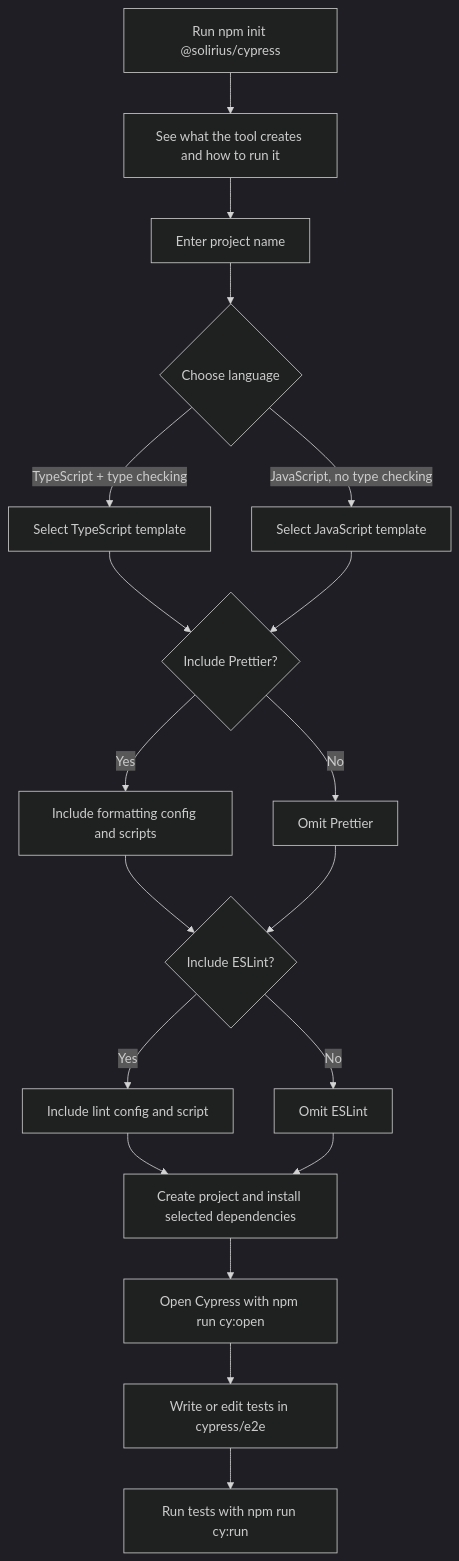
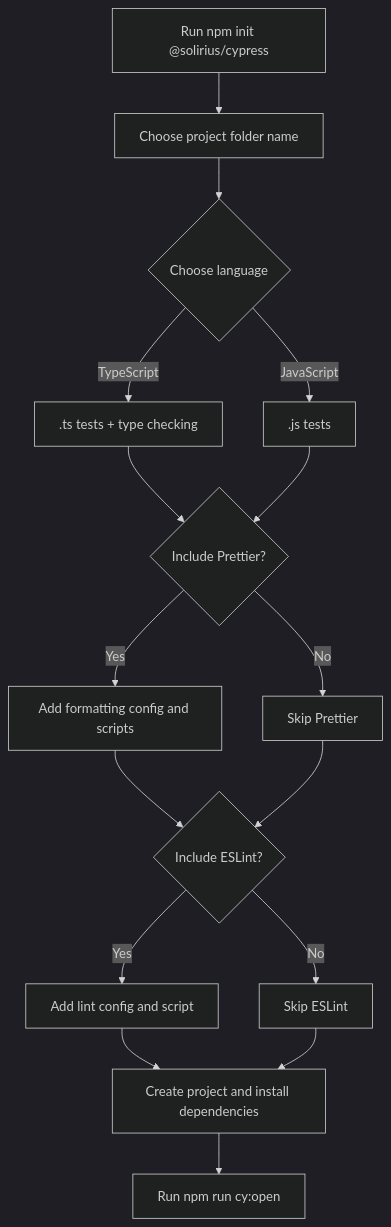
The diagram in README.md (jperry189/cypress-scaffold), drawn with Mermaid (dark theme) before and after one commit. The commit also changed other lines of this file and 1 other file, not shown here.

````diff
--- a/README.md
+++ b/README.md
@@ -61,21 +28,18 @@
 ```mermaid
 flowchart TD
-    A["Run npm init @solirius/cypress"] --> B["See what the tool creates and how to run it"]
-    B --> C["Enter project name"]
-    C --> D{"Choose language"}
-    D -->|TypeScript + type checking| E["Select TypeScript template"]
-    D -->|JavaScript, no type checking| F["Select JavaScript template"]
-    E --> G{"Include Prettier?"}
-    F --> G
-    G -->|Yes| H["Include formatting config and scripts"]
-    G -->|No| I["Omit Prettier"]
-    H --> J{"Include ESLint?"}
-    I --> J
-    J -->|Yes| K["Include lint config and script"]
-    J -->|No| L["Omit ESLint"]
-    K --> M["Create project and install selected dependencies"]
-    L --> M
-    M --> N["Open Cypress with npm run cy:open"]
-    N --> O["Write or edit tests in cypress/e2e"]
-    O --> P["Run tests with npm run cy:run"]
+    A["Run npm init @solirius/cypress"] --> B["Choose project folder name"]
+    B --> C{"Choose language"}
+    C -->|TypeScript| D[".ts tests + type checking"]
+    C -->|JavaScript| E[".js tests"]
+    D --> F{"Include Prettier?"}
+    E --> F
+    F -->|Yes| G["Add formatting config and scripts"]
+    F -->|No| H["Skip Prettier"]
+    G --> I{"Include ESLint?"}
+    H --> I
+    I -->|Yes| J["Add lint config and script"]
+    I -->|No| K["Skip ESLint"]
+    J --> L["Create project and install dependencies"]
+    K --> L
+    L --> M["Run npm run cy:open"]
 ```
````
